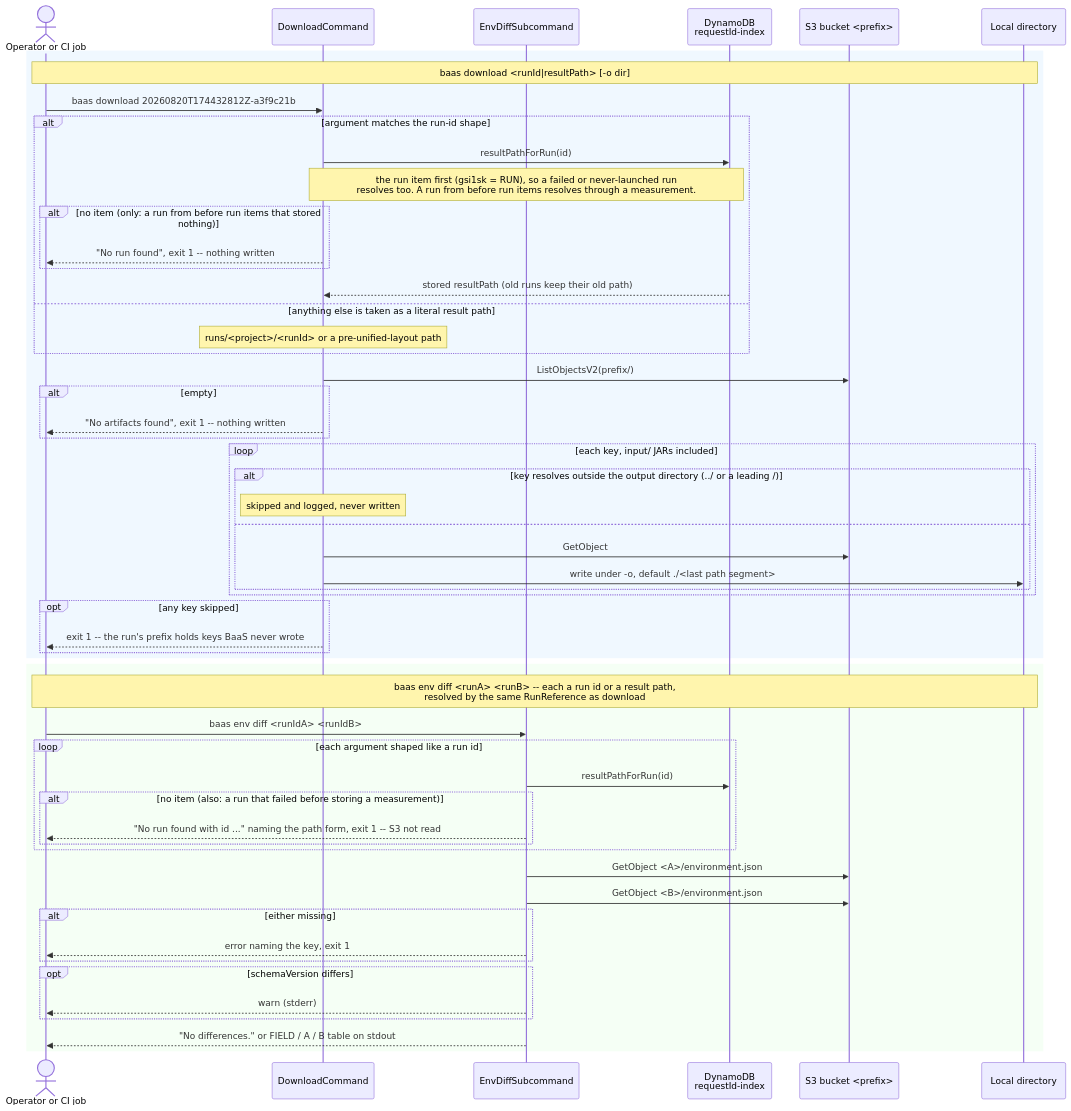
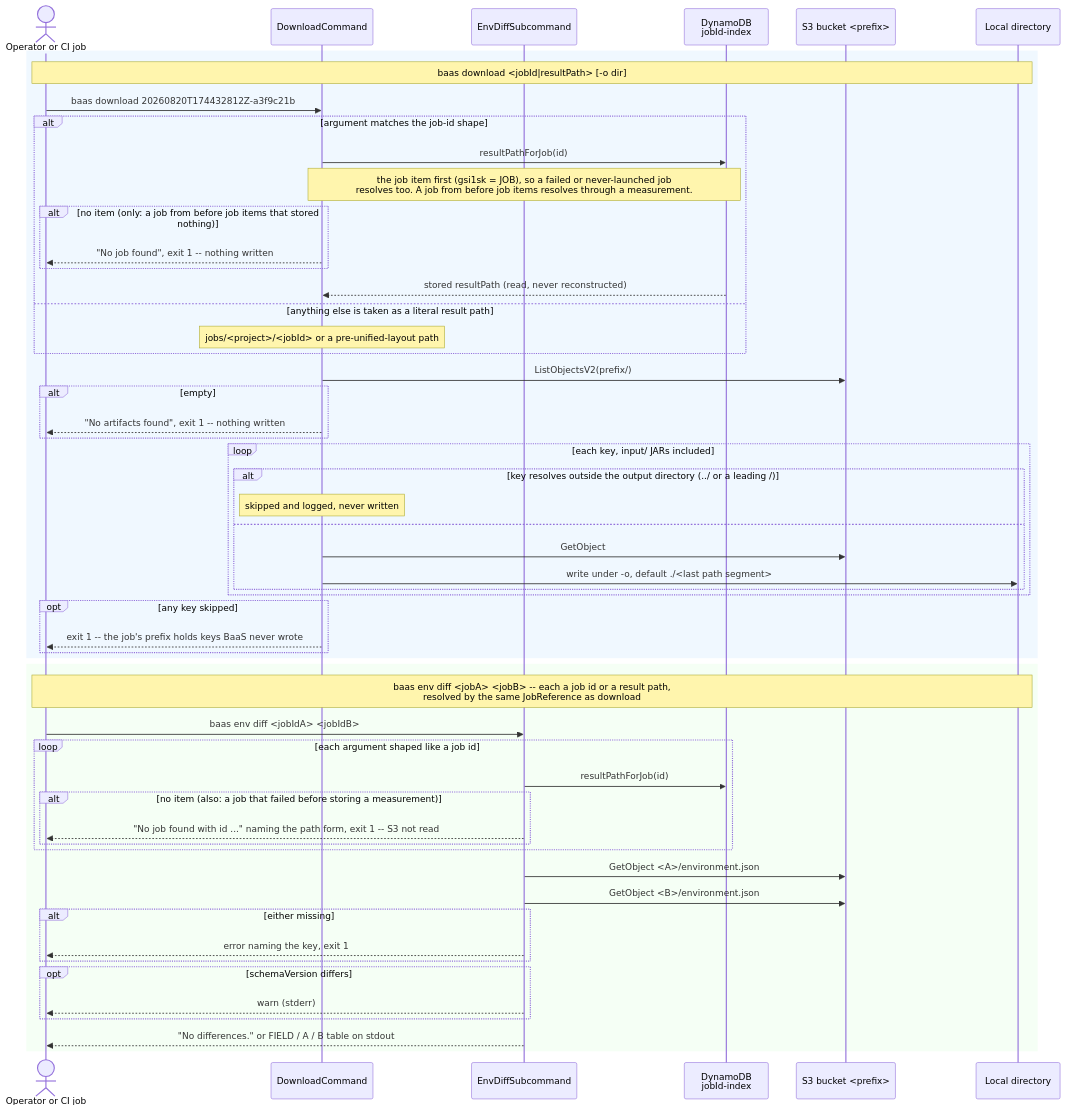
The diagram in docs/diagrams/baas-download-env-diff.mmd (wsztajerowski/benchmark-as-a-service), drawn with Mermaid before and after one commit. The commit also changed 21 other files, not shown here.

First line of the commit message:
docs: call a run a job in the docs and diagrams

```diff
--- a/docs/diagrams/baas-download-env-diff.mmd
+++ b/docs/diagrams/baas-download-env-diff.mmd
@@ -1,57 +1,57 @@
 sequenceDiagram
     actor User as Operator or CI job
     participant DL as DownloadCommand
     participant ED as EnvDiffSubcommand
-    participant DDB as DynamoDB<br/>requestId-index
+    participant DDB as DynamoDB<br/>jobId-index
     participant S3 as S3 bucket <prefix>
     participant FS as Local directory
 
     rect rgb(240, 248, 255)
-        Note over User,FS: baas download <runId|resultPath> [-o dir]
+        Note over User,FS: baas download <jobId|resultPath> [-o dir]
         User->>DL: baas download 20260820T174432812Z-a3f9c21b
-        alt argument matches the run-id shape
-            DL->>DDB: resultPathForRun(id)
-            Note over DL,DDB: the run item first (gsi1sk = RUN), so a failed or never-launched run<br/>resolves too. A run from before run items resolves through a measurement.
-            alt no item (only: a run from before run items that stored nothing)
-                DL-->>User: "No run found", exit 1 -- nothing written
+        alt argument matches the job-id shape
+            DL->>DDB: resultPathForJob(id)
+            Note over DL,DDB: the job item first (gsi1sk = JOB), so a failed or never-launched job<br/>resolves too. A job from before job items resolves through a measurement.
+            alt no item (only: a job from before job items that stored nothing)
+                DL-->>User: "No job found", exit 1 -- nothing written
             end
-            DDB-->>DL: stored resultPath (old runs keep their old path)
+            DDB-->>DL: stored resultPath (read, never reconstructed)
         else anything else is taken as a literal result path
-            Note over DL: runs/<project>/<runId> or a pre-unified-layout path
+            Note over DL: jobs/<project>/<jobId> or a pre-unified-layout path
         end
         DL->>S3: ListObjectsV2(prefix/)
         alt empty
             DL-->>User: "No artifacts found", exit 1 -- nothing written
         end
         loop each key, input/ JARs included
             alt key resolves outside the output directory (../ or a leading /)
                 Note over DL: skipped and logged, never written
             else
                 DL->>S3: GetObject
                 DL->>FS: write under -o, default ./<last path segment>
             end
         end
         opt any key skipped
-            DL-->>User: exit 1 -- the run's prefix holds keys BaaS never wrote
+            DL-->>User: exit 1 -- the job's prefix holds keys BaaS never wrote
         end
     end
 
     rect rgb(245, 255, 245)
-        Note over User,FS: baas env diff <runA> <runB> -- each a run id or a result path,<br/>resolved by the same RunReference as download
-        User->>ED: baas env diff <runIdA> <runIdB>
-        loop each argument shaped like a run id
-            ED->>DDB: resultPathForRun(id)
-            alt no item (also: a run that failed before storing a measurement)
-                ED-->>User: "No run found with id ..." naming the path form, exit 1 -- S3 not read
+        Note over User,FS: baas env diff <jobA> <jobB> -- each a job id or a result path,<br/>resolved by the same JobReference as download
+        User->>ED: baas env diff <jobIdA> <jobIdB>
+        loop each argument shaped like a job id
+            ED->>DDB: resultPathForJob(id)
+            alt no item (also: a job that failed before storing a measurement)
+                ED-->>User: "No job found with id ..." naming the path form, exit 1 -- S3 not read
             end
         end
         ED->>S3: GetObject <A>/environment.json
         ED->>S3: GetObject <B>/environment.json
         alt either missing
             ED-->>User: error naming the key, exit 1
         end
         opt schemaVersion differs
             ED-->>User: warn (stderr)
         end
         ED-->>User: "No differences." or FIELD / A / B table on stdout
     end
```
